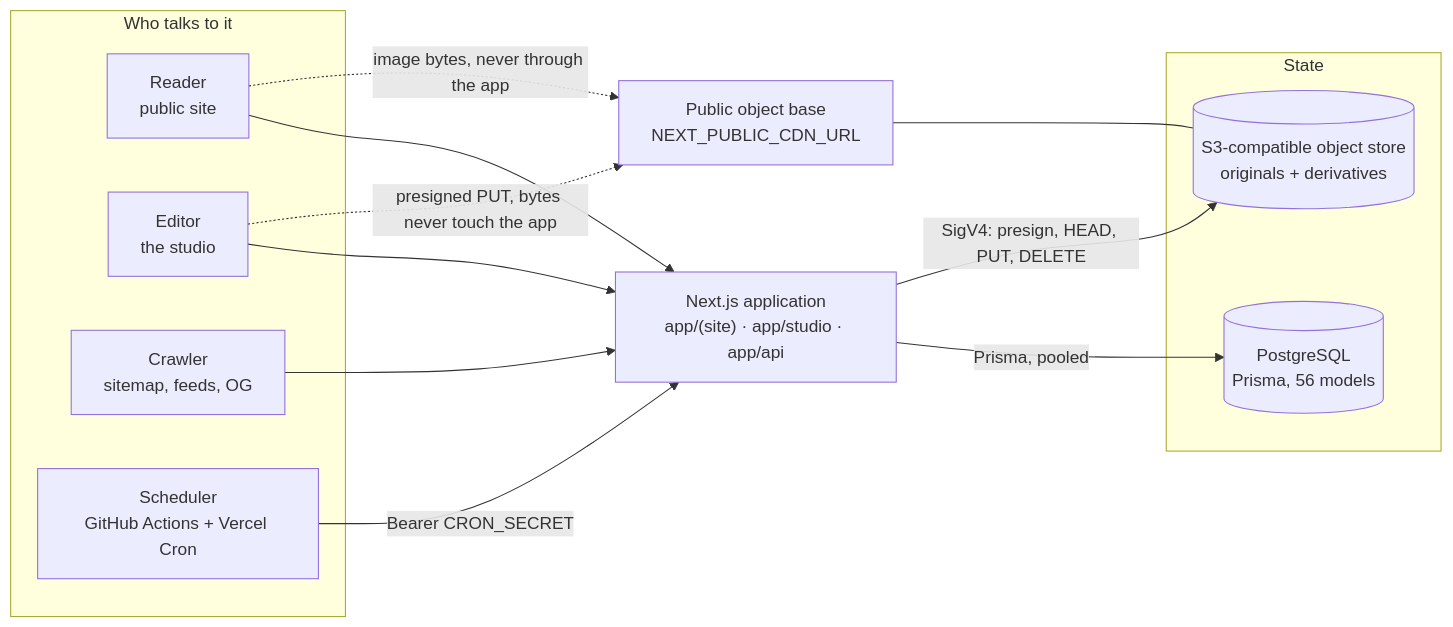
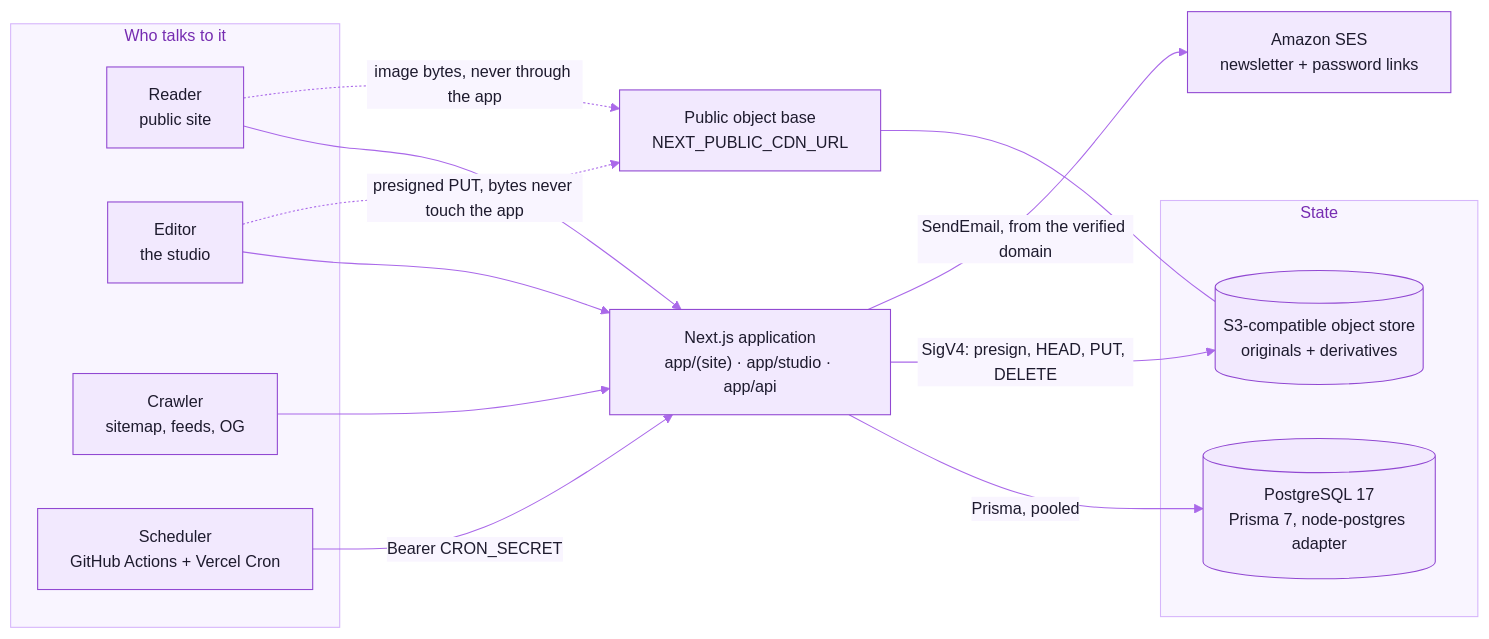
The first of 16 diagrams in docs/ARCHITECTURE.md (cxacraftecosystem-ui/cxa-cms), drawn with Mermaid before and after one commit. The commit also changed other lines of this file and 8 other files, not shown here.

Commit message:
README showcase on the kit, and every doc brought to the live state: four cron routes, SES, upload tickets, permanent account delete, CI coverage, closed newsletter items, themed diagrams

````diff
--- a/docs/ARCHITECTURE.md
+++ b/docs/ARCHITECTURE.md
@@ -30,29 +32,33 @@
 ```mermaid
+%%{init: {"theme":"base","themeVariables":{"fontFamily":"Inter, ui-sans-serif, system-ui, -apple-system, Segoe UI, Roboto, Helvetica, Arial, sans-serif","fontSize":"15px","primaryColor":"#F2E9FE","primaryTextColor":"#1E1B2E","primaryBorderColor":"#9148D2","secondaryColor":"#FAEECD","secondaryTextColor":"#1E1B2E","secondaryBorderColor":"#CD9200","tertiaryColor":"#F3F1FA","tertiaryTextColor":"#1E1B2E","tertiaryBorderColor":"#A7A3BC","mainBkg":"#F2E9FE","nodeBorder":"#9148D2","nodeTextColor":"#1E1B2E","lineColor":"#AA69E9","textColor":"#857F9E","edgeLabelBackground":"#F9F5FF","clusterBkg":"#F9F5FF","clusterBorder":"#D6B6FB","titleColor":"#762CB1","noteBkgColor":"#FAEECD","noteTextColor":"#1E1B2E","noteBorderColor":"#CD9200","actorBkg":"#F2E9FE","actorBorder":"#9148D2","actorTextColor":"#1E1B2E","actorLineColor":"#AA69E9","signalColor":"#AA69E9","signalTextColor":"#857F9E","labelBoxBkgColor":"#F2E9FE","labelBoxBorderColor":"#9148D2","labelTextColor":"#1E1B2E","loopTextColor":"#857F9E","activationBkgColor":"#E7D5FE","activationBorderColor":"#9148D2","sequenceNumberColor":"#FFFFFF","transitionColor":"#AA69E9","transitionLabelColor":"#857F9E","stateLabelColor":"#1E1B2E","stateBkg":"#F2E9FE","compositeBackground":"#F9F5FF","compositeTitleBackground":"#F2E9FE","attributeBackgroundColorOdd":"#FFFFFF","attributeBackgroundColorEven":"#F9F5FF","relationColor":"#AA69E9","relationLabelBackground":"#F9F5FF","relationLabelColor":"#1E1B2E"}}}%%
 flowchart LR
     subgraph clients["Who talks to it"]
         reader["Reader<br/>public site"]
         editor["Editor<br/>the studio"]
         crawler["Crawler<br/>sitemap, feeds, OG"]
         sched["Scheduler<br/>GitHub Actions + Vercel Cron"]
     end
 
     app["Next.js application<br/>app/(site) · app/studio · app/api"]
 
     subgraph stores["State"]
-        pg[("PostgreSQL<br/>Prisma, 56 models")]
+        pg[("PostgreSQL 17<br/>Prisma 7, node-postgres adapter")]
         s3[("S3-compatible object store<br/>originals + derivatives")]
     end
+
+    ses["Amazon SES<br/>newsletter + password links"]
 
     cdn["Public object base<br/>NEXT_PUBLIC_CDN_URL"]
 
     reader --> app
     editor --> app
     crawler --> app
     sched -->|"Bearer CRON_SECRET"| app
 
     app -->|"Prisma, pooled"| pg
     app -->|"SigV4: presign, HEAD, PUT, DELETE"| s3
     reader -.->|"image bytes, never through the app"| cdn
     editor -.->|"presigned PUT, bytes never touch the app"| cdn
     cdn --- s3
+    app -->|"SendEmail, from the verified domain"| ses
 ```
````
